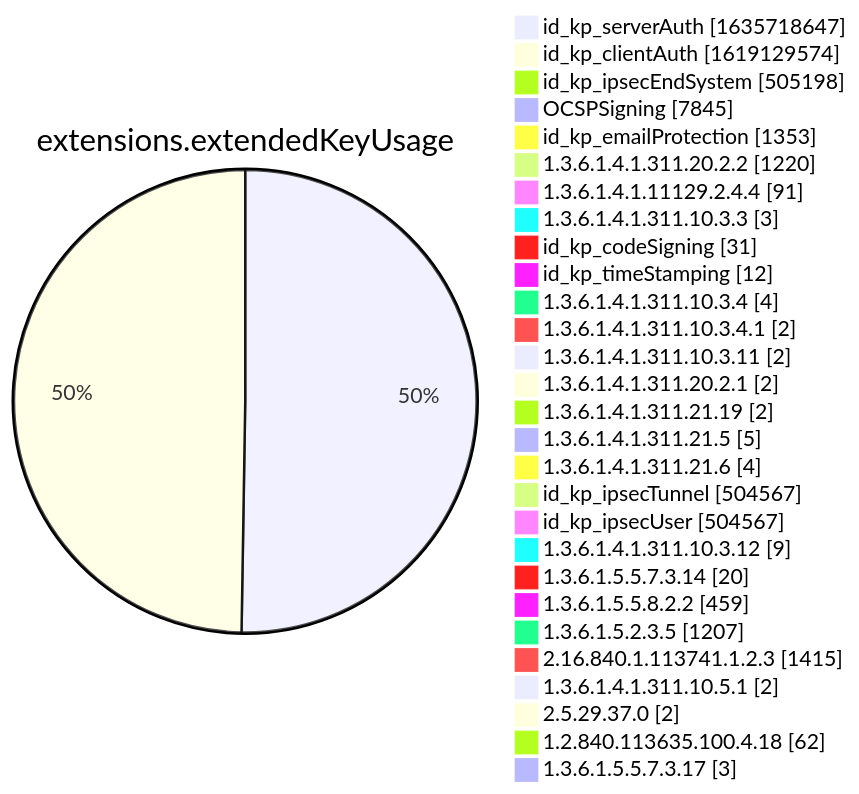
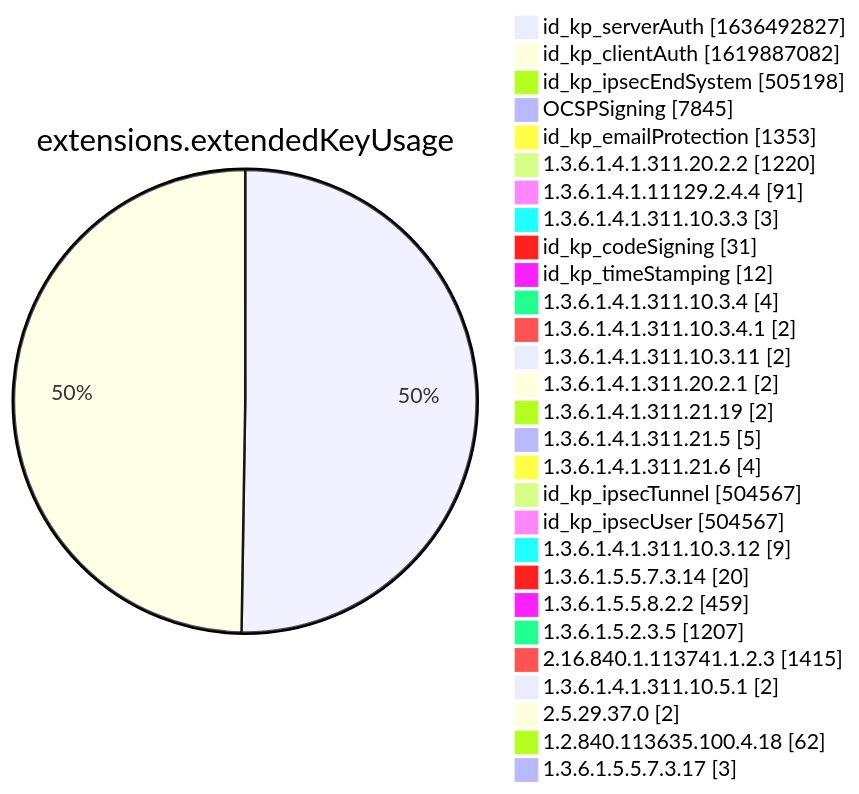
One commit to christiankrug/ctmonitor_visualization changed diagram 12 of 15 in xenon2022/README.md. Above: the diagram before and after it, drawn with Mermaid. The commit also changed other lines of this file, not shown here.

````diff
--- a/xenon2022/README.md
+++ b/xenon2022/README.md
@@ -3886,32 +3886,32 @@
 ```mermaid
 pie showData
 title extensions.extendedKeyUsage
-"id_kp_serverAuth" :1635718647
-"id_kp_clientAuth" :1619129574
+"id_kp_serverAuth" :1636492827
+"id_kp_clientAuth" :1619887082
 "id_kp_ipsecEndSystem" :505198
 "OCSPSigning" :7845
 "id_kp_emailProtection" :1353
 "1.3.6.1.4.1.311.20.2.2" :1220
 "1.3.6.1.4.1.11129.2.4.4" :91
 "1.3.6.1.4.1.311.10.3.3" :3
 "id_kp_codeSigning" :31
 "id_kp_timeStamping" :12
 "1.3.6.1.4.1.311.10.3.4" :4
 "1.3.6.1.4.1.311.10.3.4.1" :2
 "1.3.6.1.4.1.311.10.3.11" :2
 "1.3.6.1.4.1.311.20.2.1" :2
 "1.3.6.1.4.1.311.21.19" :2
 "1.3.6.1.4.1.311.21.5" :5
 "1.3.6.1.4.1.311.21.6" :4
 "id_kp_ipsecTunnel" :504567
 "id_kp_ipsecUser" :504567
 "1.3.6.1.4.1.311.10.3.12" :9
 "1.3.6.1.5.5.7.3.14" :20
 "1.3.6.1.5.5.8.2.2" :459
 "1.3.6.1.5.2.3.5" :1207
 "2.16.840.1.113741.1.2.3" :1415
 "1.3.6.1.4.1.311.10.5.1" :2
 "2.5.29.37.0" :2
 "1.2.840.113635.100.4.18" :62
 "1.3.6.1.5.5.7.3.17" :3
 ```
````
